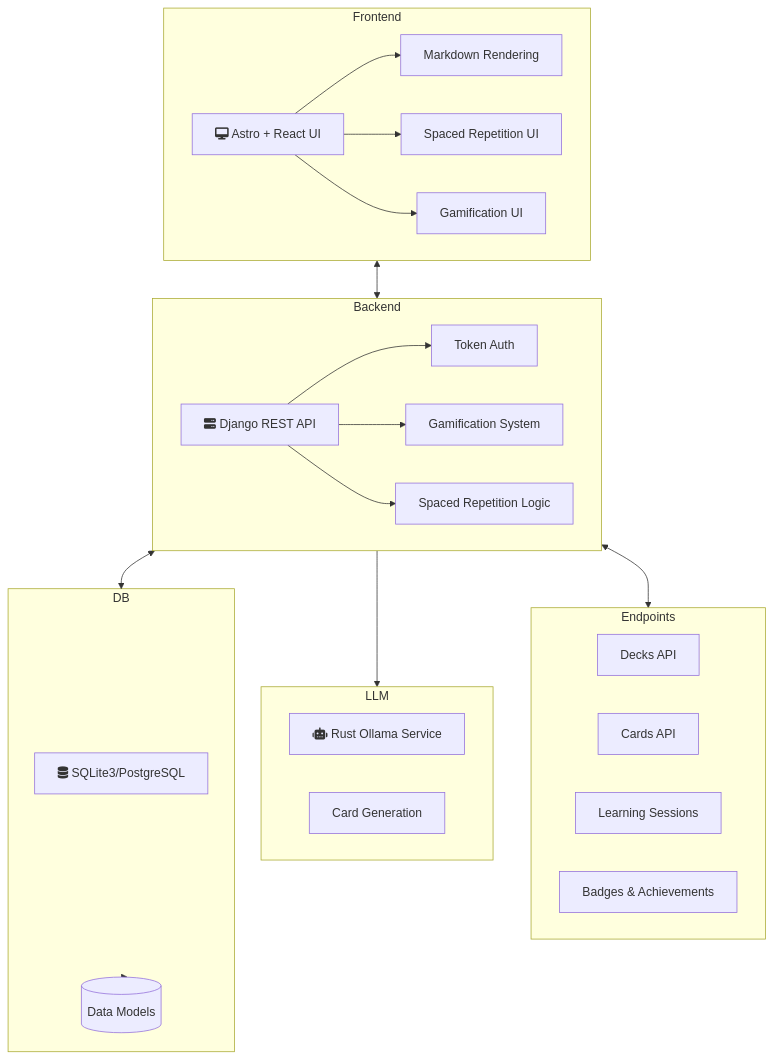
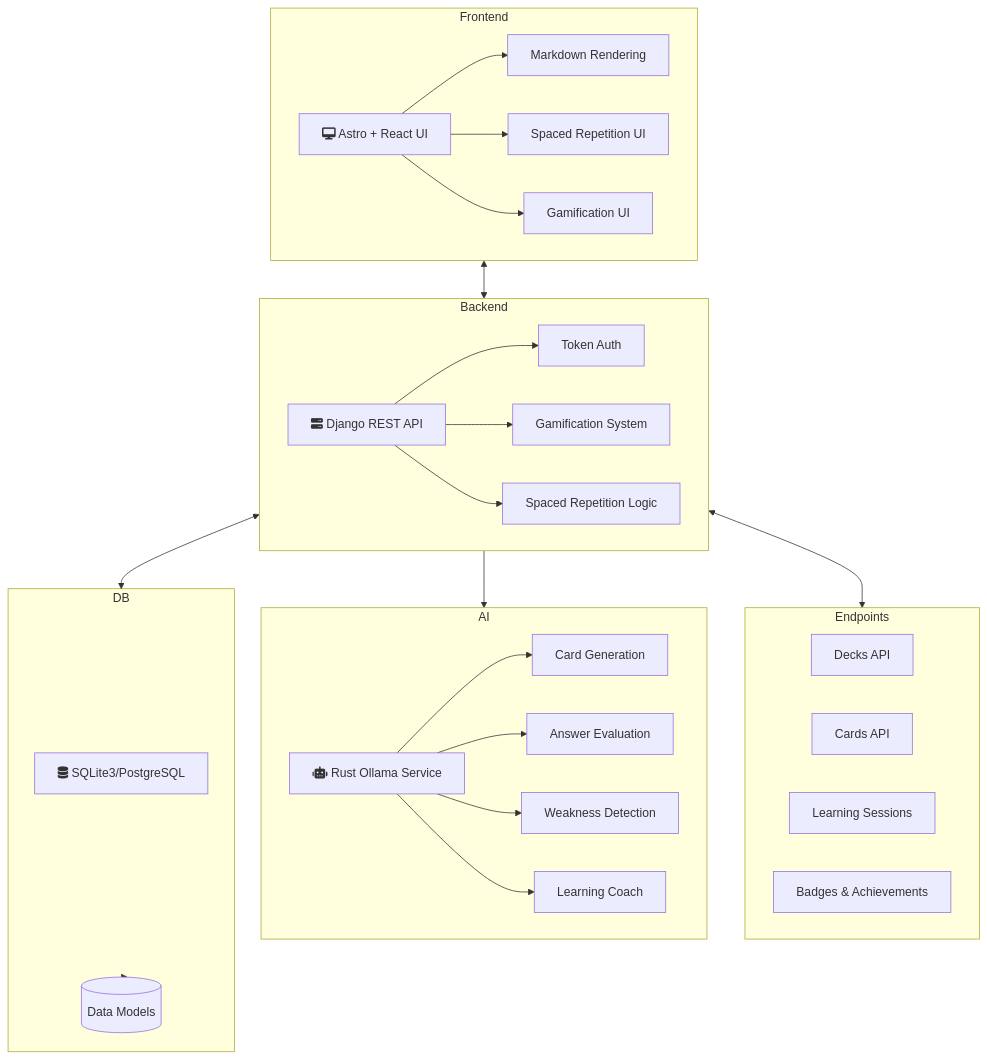
One commit to KarnesTH/flashcards changed the diagram in README.md. Above: the diagram before and after it, drawn with Mermaid.

Commit message:
edit: update README.md of the project

````diff
--- a/README.md
+++ b/README.md
@@ -18,48 +18,56 @@
 ```mermaid
 flowchart TD
     subgraph Frontend
         UI[fa:fa-desktop Astro + React UI]
         MD[Markdown Rendering]
         SRS[Spaced Repetition UI]
         GAME[Gamification UI]
     end
 
     subgraph Backend
         RESTfull[fa:fa-server Django REST API]
         AUTH[Token Auth]
         GAME_LOGIC[Gamification System]
         SRS_LOGIC[Spaced Repetition Logic]
     end
 
     subgraph Endpoints
         DECKS[Decks API]
         CARDS[Cards API]
         SESSIONS[Learning Sessions]
         BADGES[Badges & Achievements]
     end
 
-    subgraph LLM
-        AI[fa:fa-robot Rust Ollama Service]
-        GEN[Card Generation]
+    subgraph AI
+        AI_SERVICE[fa:fa-robot Rust Ollama Service]
+        CARD_GEN[Card Generation]
+        ANSWER_EVAL[Answer Evaluation]
+        WEAKNESS_DETECT[Weakness Detection]
+        LEARNING_COACH[Learning Coach]
     end
 
     subgraph DB
         SQL[fa:fa-database SQLite3/PostgreSQL]
         MODELS[(Data Models)]
     end
 
     Frontend <--> Backend
-    Backend --> LLM
+    Backend --> AI
     Backend <--> DB
     Backend <--> Endpoints
     
     UI --> MD
     UI --> SRS
     UI --> GAME
     
     RESTfull --> AUTH
     RESTfull --> GAME_LOGIC
     RESTfull --> SRS_LOGIC
     
+    AI_SERVICE --> CARD_GEN
+    AI_SERVICE --> ANSWER_EVAL
+    AI_SERVICE --> WEAKNESS_DETECT
+    AI_SERVICE --> LEARNING_COACH
+    
     DB --> MODELS
 ```
````
